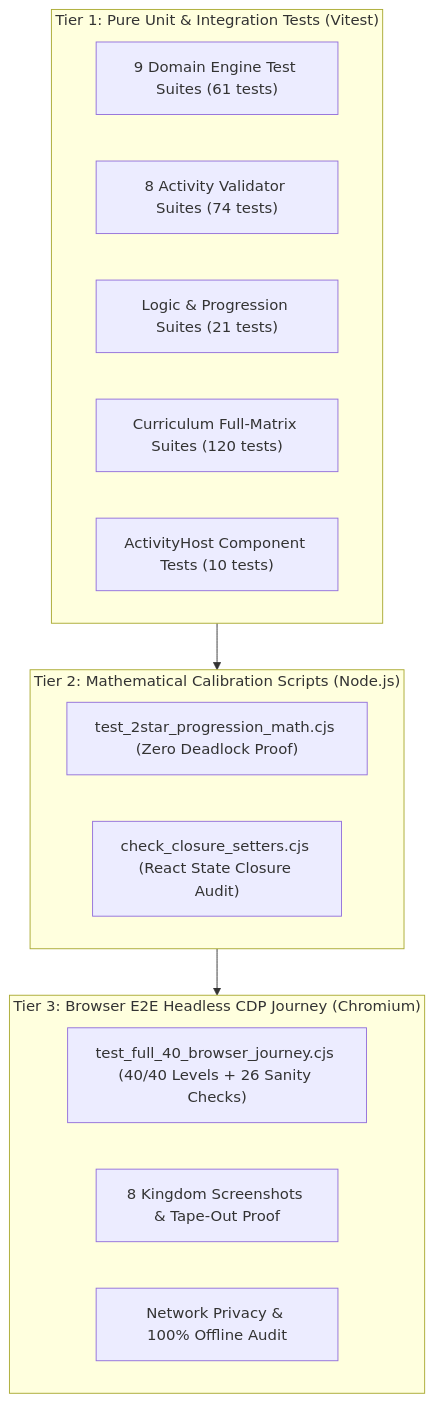
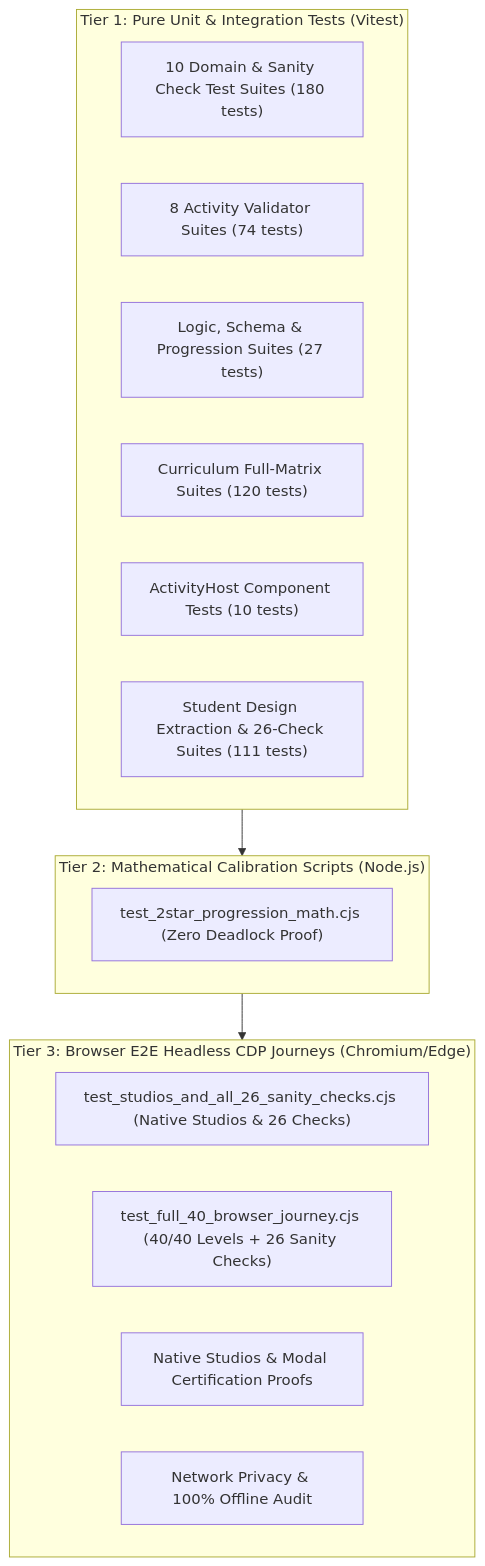
The diagram in TEST_COVERAGE_MATRIX.md (ppawar-7/cts-studio-preview), drawn with Mermaid before and after one commit. The commit also changed other lines of this file and 59 other files, not shown here.

Commit message:
feat: native offline studio embedding, student design sanity checks, and 26-check verification matrix

````diff
--- a/TEST_COVERAGE_MATRIX.md
+++ b/TEST_COVERAGE_MATRIX.md
@@ -11,23 +11,24 @@
 ```mermaid
 flowchart TD
     subgraph Tier1 ["Tier 1: Pure Unit & Integration Tests (Vitest)"]
-        EngTests["9 Domain Engine Test Suites (61 tests)"]
+        EngTests["10 Domain & Sanity Check Test Suites (180 tests)"]
         ValTests["8 Activity Validator Suites (74 tests)"]
-        ProgTests["Logic & Progression Suites (21 tests)"]
+        ProgTests["Logic, Schema & Progression Suites (27 tests)"]
         CurricTests["Curriculum Full-Matrix Suites (120 tests)"]
         CompTests["ActivityHost Component Tests (10 tests)"]
+        StudioTests["Student Design Extraction & 26-Check Suites (111 tests)"]
     end
 
     subgraph Tier2 ["Tier 2: Mathematical Calibration Scripts (Node.js)"]
         ProgMath["test_2star_progression_math.cjs (Zero Deadlock Proof)"]
-        Closure["check_closure_setters.cjs (React State Closure Audit)"]
     end
 
-    subgraph Tier3 ["Tier 3: Browser E2E Headless CDP Journey (Chromium)"]
-        CDP["test_full_40_browser_journey.cjs (40/40 Levels + 26 Sanity Checks)"]
-        Screenshots["8 Kingdom Screenshots & Tape-Out Proof"]
+    subgraph Tier3 ["Tier 3: Browser E2E Headless CDP Journeys (Chromium/Edge)"]
+        CDPStudios["test_studios_and_all_26_sanity_checks.cjs (Native Studios & 26 Checks)"]
+        CDPAll["test_full_40_browser_journey.cjs (40/40 Levels + 26 Sanity Checks)"]
+        Screenshots["Native Studios & Modal Certification Proofs"]
         Offline["Network Privacy & 100% Offline Audit"]
     end
 
     Tier1 --> Tier2 --> Tier3
 ```
````
